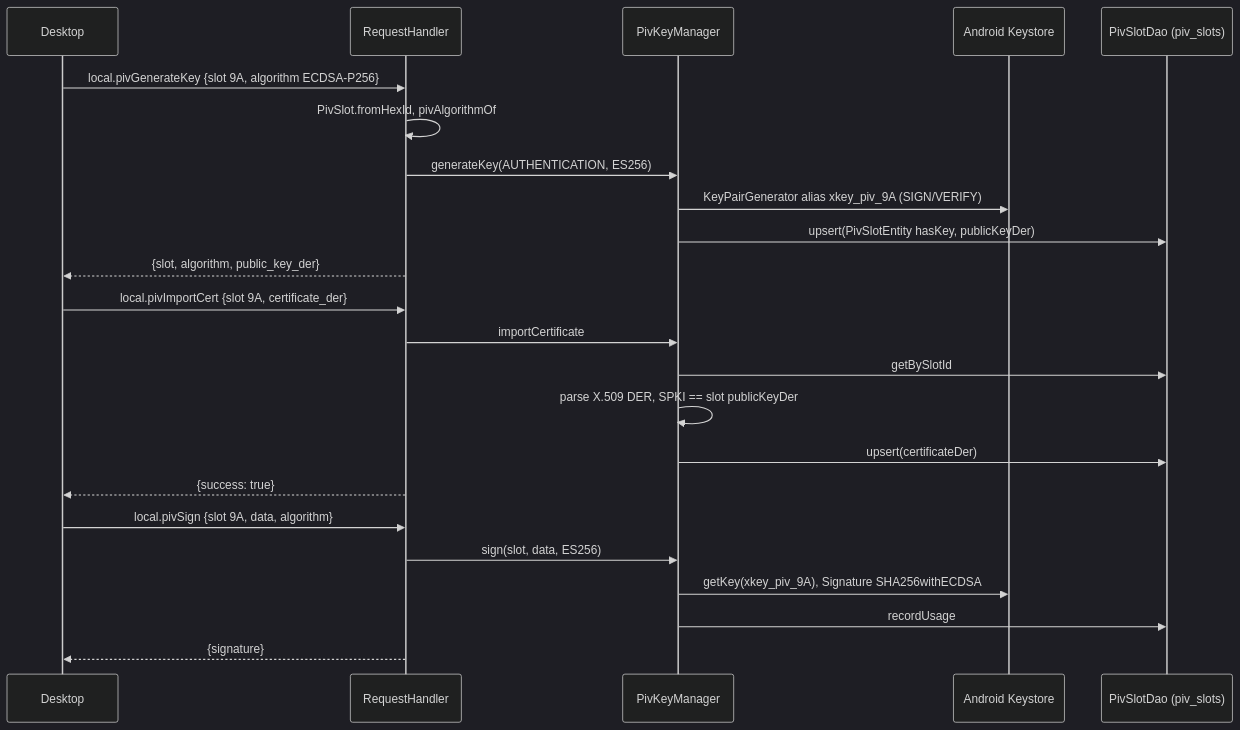
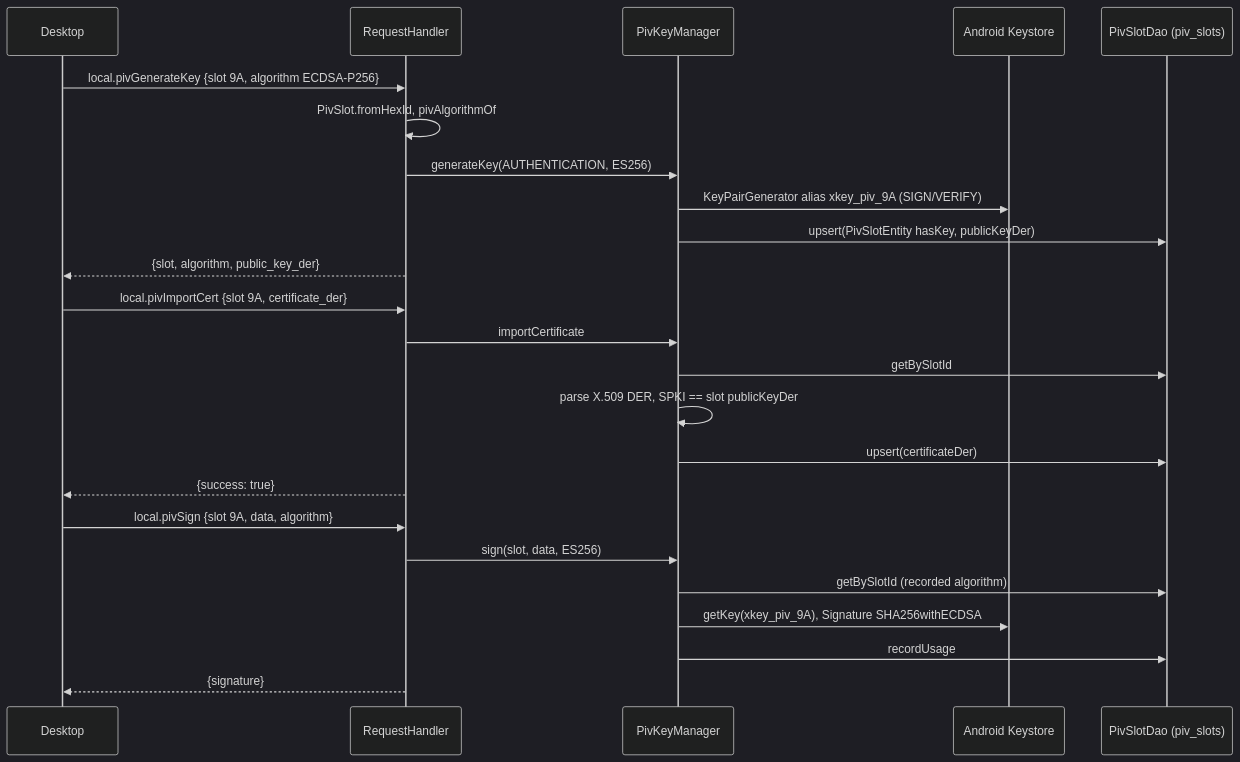
Before and after one commit to jeremyhahn/xkey-android: the diagram in docs/piv/architecture.md, drawn with Mermaid (dark theme). The commit also changed other lines of this file and 105 other files, not shown here.

````diff
--- a/docs/piv/architecture.md
+++ b/docs/piv/architecture.md
@@ -105,28 +174,29 @@
 ```mermaid
 sequenceDiagram
     participant D as Desktop
     participant H as RequestHandler
     participant P as PivKeyManager
     participant KS as Android Keystore
     participant DB as PivSlotDao (piv_slots)
 
     D->>H: local.pivGenerateKey {slot 9A, algorithm ECDSA-P256}
     H->>H: PivSlot.fromHexId, pivAlgorithmOf
     H->>P: generateKey(AUTHENTICATION, ES256)
     P->>KS: KeyPairGenerator alias xkey_piv_9A (SIGN/VERIFY)
     P->>DB: upsert(PivSlotEntity hasKey, publicKeyDer)
     H-->>D: {slot, algorithm, public_key_der}
 
     D->>H: local.pivImportCert {slot 9A, certificate_der}
     H->>P: importCertificate
     P->>DB: getBySlotId
     P->>P: parse X.509 DER, SPKI == slot publicKeyDer
     P->>DB: upsert(certificateDer)
     H-->>D: {success: true}
 
     D->>H: local.pivSign {slot 9A, data, algorithm}
     H->>P: sign(slot, data, ES256)
+    P->>DB: getBySlotId (recorded algorithm)
     P->>KS: getKey(xkey_piv_9A), Signature SHA256withECDSA
     P->>DB: recordUsage
     H-->>D: {signature}
 ```
````
